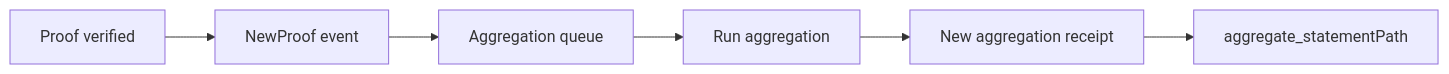
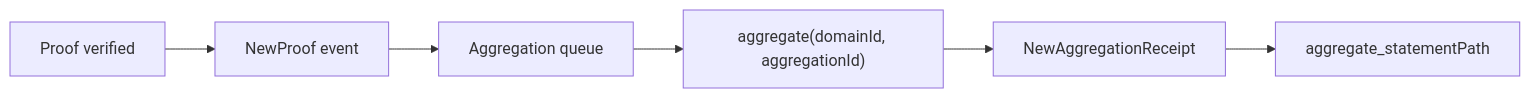
One commit to zkVerify/zkverify-docs changed the diagram in docs/overview/03-four-paths/3b-build-on-zkverify/04-aggregation-engine.md. Above: the diagram before and after it, drawn with Mermaid. The commit also changed other lines of this file and 15 other files, not shown here.

````diff
--- a/docs/overview/03-four-paths/3b-build-on-zkverify/04-aggregation-engine.md
+++ b/docs/overview/03-four-paths/3b-build-on-zkverify/04-aggregation-engine.md
@@ -13,8 +13,8 @@
 ```mermaid
 flowchart LR
   S["Proof verified"] --> N["NewProof event"]
   N --> Q["Aggregation queue"]
-  Q --> A["Run aggregation"]
-  A --> R["New aggregation receipt"]
+  Q --> A["aggregate(domainId, aggregationId)"]
+  A --> R["NewAggregationReceipt"]
   R --> P["aggregate_statementPath"]
 ```
````
